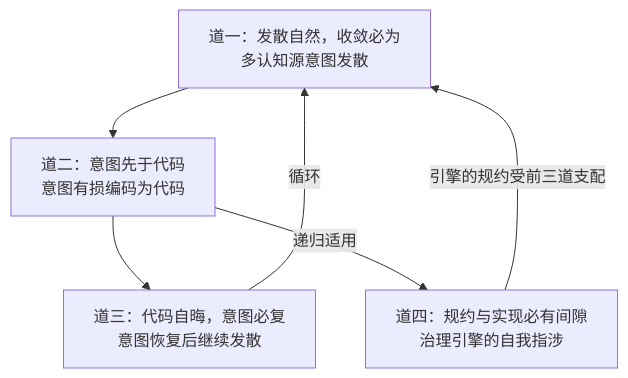
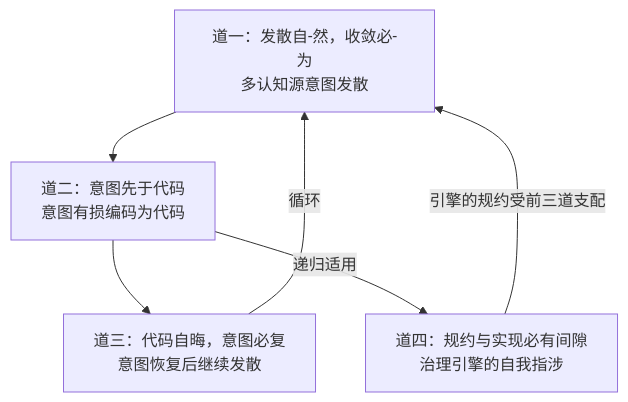
Before and after one commit to sgmov/sihankor: the second of 5 diagrams in docs/specs/philosophy/On-SiHankor.sih.md, drawn with Mermaid. The commit also changed other lines of this file and 8 other files, not shown here.

````diff
--- a/docs/specs/philosophy/On-SiHankor.sih.md
+++ b/docs/specs/philosophy/On-SiHankor.sih.md
@@ -107,8 +107,8 @@
 ```mermaid
 flowchart TD
-    D1["道一：发散自然，收敛必为<br/>多认知源意图发散"] --> D2["道二：意图先于代码<br/>意图有损编码为代码"]
+    D1["道一：发散自-然，收敛必-为<br/>多认知源意图发散"] --> D2["道二：意图先于代码<br/>意图有损编码为代码"]
     D2 --> D3["道三：代码自晦，意图必复<br/>意图恢复后继续发散"]
     D3 -->|"循环"| D1
     D2 -->|"递归适用"| D4["道四：规约与实现必有间隙<br/>治理引擎的自我指涉"]
     D4 -->|"引擎的规约受前三道支配"| D1
 ```
````
